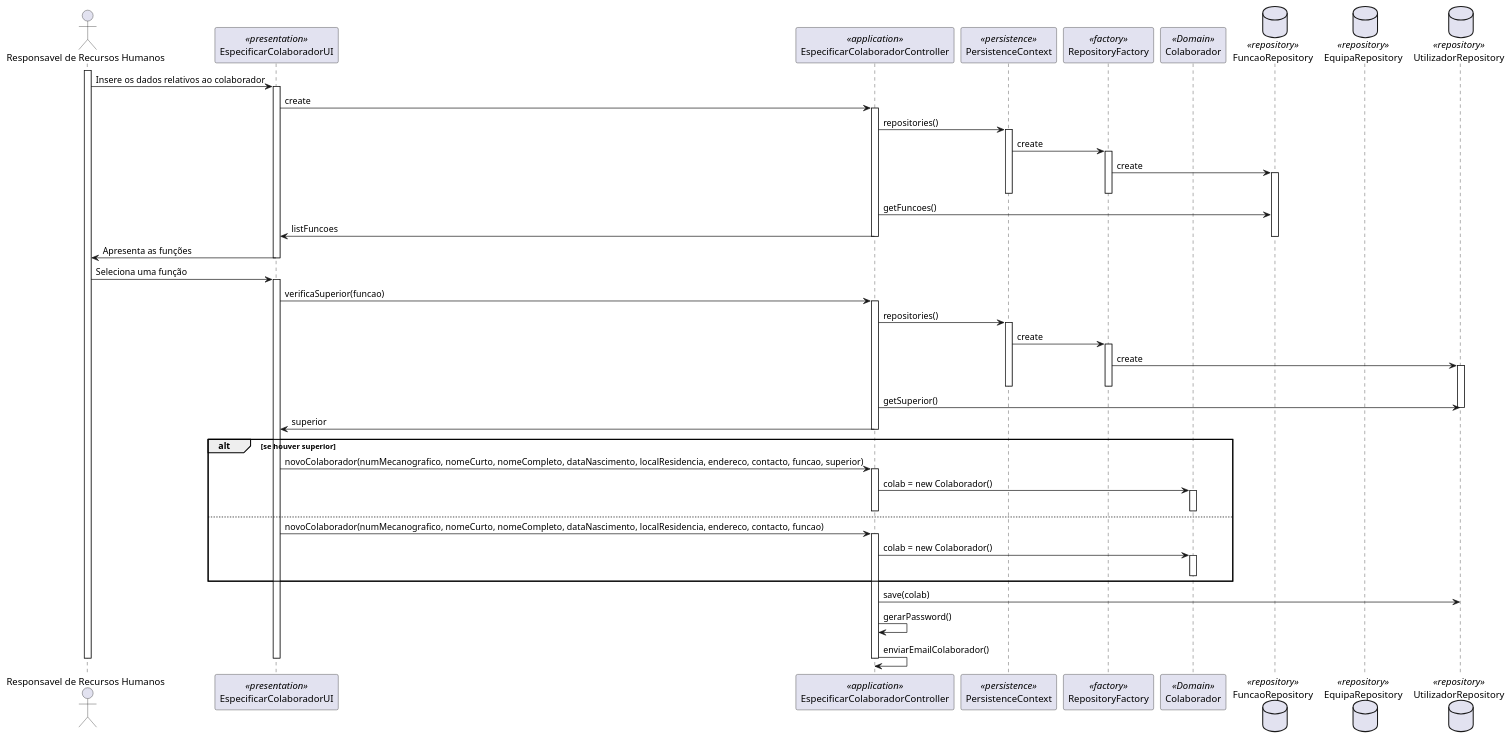
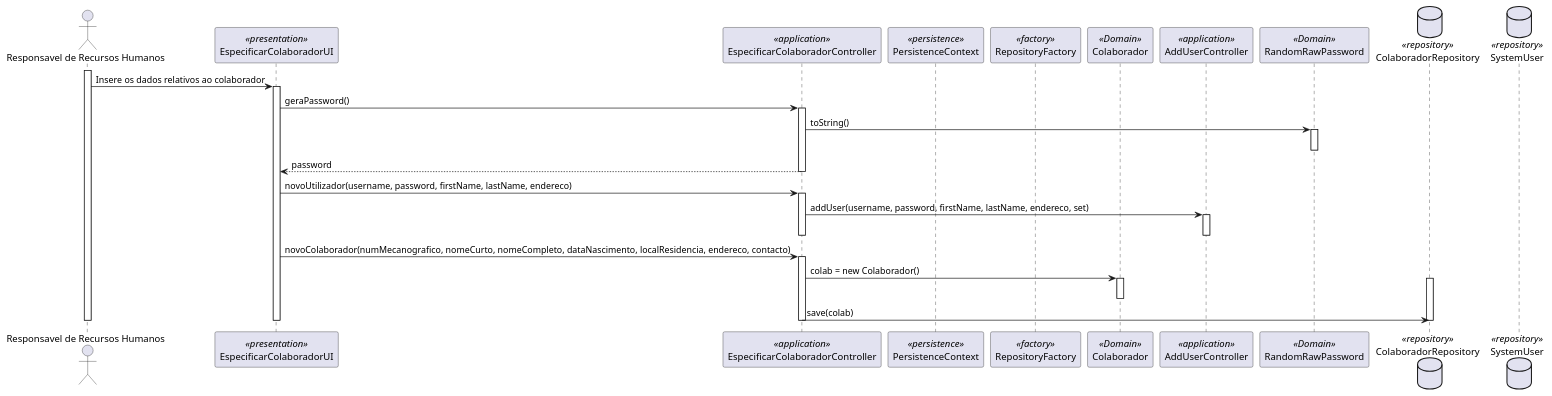
One commit to pedrolemos4/LAPR4 changed the diagram in docs/US2051/SD_Responsavel_Recursos_Humanos.puml. Above: the diagram before and after it, drawn with PlantUML. The commit also changed 7 other files, not shown here.

```diff
--- a/docs/US2051/SD_Responsavel_Recursos_Humanos.puml
+++ b/docs/US2051/SD_Responsavel_Recursos_Humanos.puml
@@ -1,74 +1,44 @@
 skinparam defaultFontName FG Virgil
 skinparam shadowing false
 
 Actor "Responsavel de Recursos Humanos" as Actor
 participant EspecificarColaboradorUI as UI <<presentation>>
 participant EspecificarColaboradorController as Controller <<application>>
 participant PersistenceContext as Persistence <<persistence>>
 participant RepositoryFactory as Factory <<factory>>
 participant Colaborador as Colaborador <<Domain>>
-database FuncaoRepository as FRepository <<repository>>
-database EquipaRepository as ERepository <<repository>>
-database UtilizadorRepository as CRepository <<repository>>
+participant AddUserController as UserController <<application>>
+participant RandomRawPassword as RandomRawPassword <<Domain>>
+database ColaboradorRepository as CRepository <<repository>>
+database SystemUser as URepository <<repository>>
 
 
 activate Actor
       Actor -> UI: Insere os dados relativos ao colaborador
     activate UI
-      UI -> Controller: create
+      UI -> Controller: geraPassword()
     activate Controller
-      Controller -> Persistence: repositories()
-    activate Persistence
-      Persistence -> Factory: create
-    activate Factory
-      Factory -> FRepository: create
-    activate FRepository
-    deactivate Factory
-    deactivate Persistence
-      Controller -> FRepository: getFuncoes()
-      Controller -> UI: listFuncoes
-    deactivate FRepository
+      Controller->RandomRawPassword: toString()
+    activate RandomRawPassword
+    deactivate RandomRawPassword
+      Controller-->UI: password
     deactivate Controller
-      UI -> Actor: Apresenta as funções
-    deactivate UI
-      Actor -> UI: Seleciona uma função
-    activate UI
-      UI -> Controller: verificaSuperior(funcao)
+      UI -> Controller: novoUtilizador(username, password, firstName, lastName, endereco)
+    activate Controller
+      Controller->UserController: addUser(username, password, firstName, lastName, endereco, set)
+    activate UserController
+    deactivate UserController
+    deactivate Controller
+      UI -> Controller: novoColaborador(numMecanografico, nomeCurto, nomeCompleto, dataNascimento, localResidencia, endereco, contacto)
     activate Controller 
-      Controller -> Persistence: repositories()
-    activate Persistence
-      Persistence -> Factory: create
-    activate Factory
-      Factory -> CRepository: create
-    activate CRepository
-    deactivate Factory
-    deactivate Persistence
-      Controller -> CRepository: getSuperior()
-    deactivate CRepository
-      Controller -> UI: superior
-    deactivate Controller
-
-    alt se houver superior
-      UI -> Controller: novoColaborador(numMecanografico, nomeCurto, nomeCompleto, dataNascimento, localResidencia, endereco, contacto, funcao, superior)
-    activate Controller
       Controller -> Colaborador: colab = new Colaborador()
     activate Colaborador
     deactivate Colaborador
-    deactivate Controller
-    else 
-      UI -> Controller: novoColaborador(numMecanografico, nomeCurto, nomeCompleto, dataNascimento, localResidencia, endereco, contacto, funcao)
-    activate Controller
-      Controller -> Colaborador: colab = new Colaborador()
-    activate Colaborador
-    deactivate Colaborador
-    end
     activate CRepository
       Controller -> CRepository: save(colab)
     deactivate CRepository
-      Controller -> Controller: gerarPassword() 
-      Controller -> Controller: enviarEmailColaborador()
     deactivate Controller
     deactivate UI
 
 deactivate Actor
 @enduml
```
